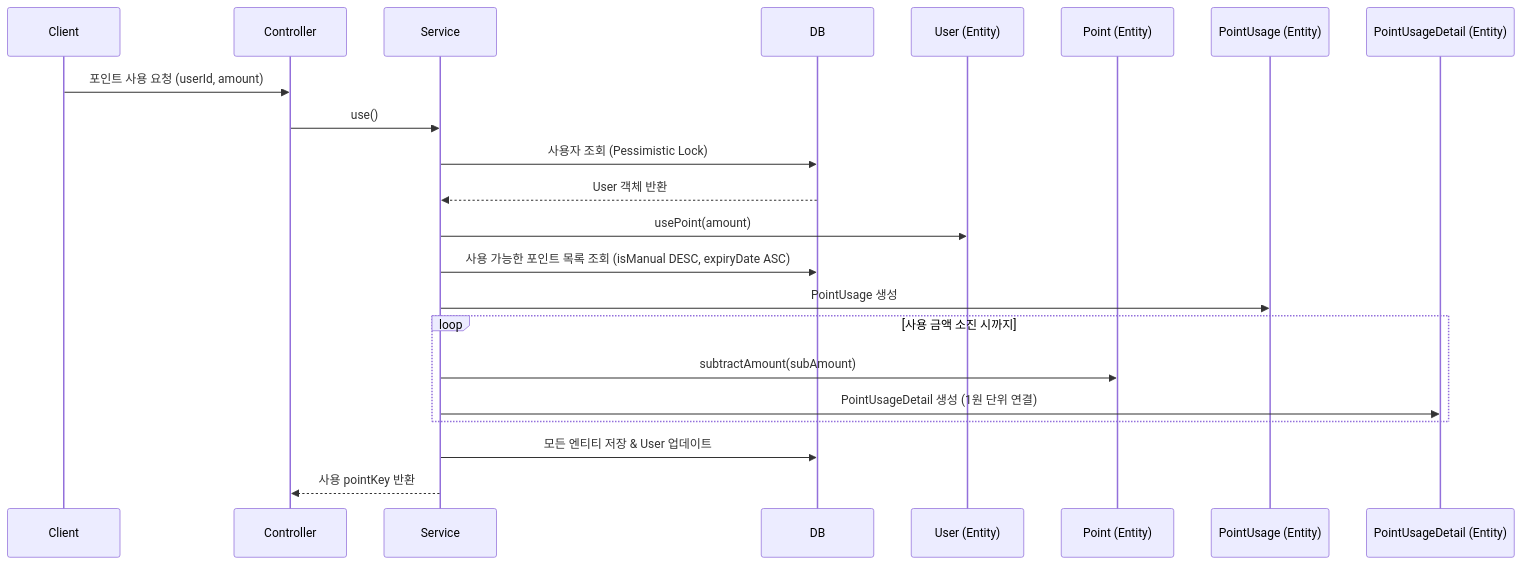
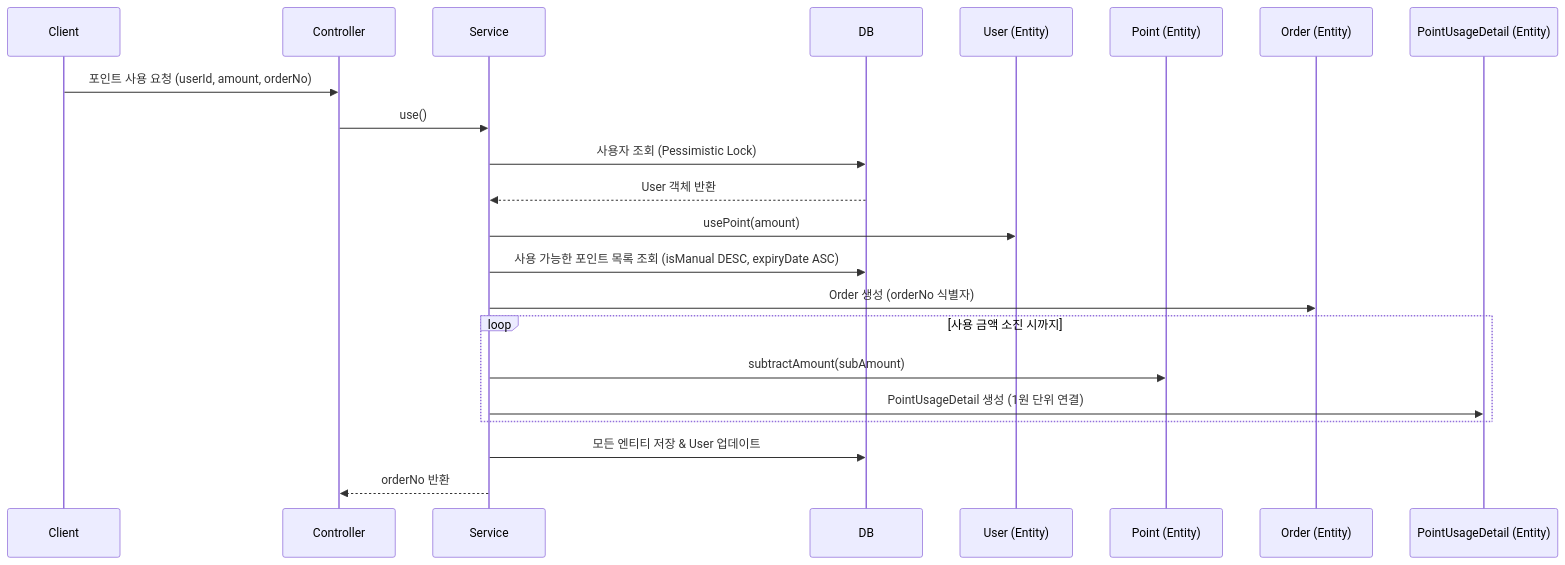
The second of 3 diagrams in README.md (muzzaiwork/point), drawn with Mermaid before and after one commit. The commit also changed other lines of this file and 13 other files, not shown here.

````diff
--- a/README.md
+++ b/README.md
@@ -242,25 +209,25 @@
 ```mermaid
 sequenceDiagram
     participant Client
     participant Controller
     participant Service
     participant DB
     participant UserEntity as User (Entity)
     participant PointEntity as Point (Entity)
-    participant UsageEntity as PointUsage (Entity)
+    participant OrderEntity as Order (Entity)
     participant DetailEntity as PointUsageDetail (Entity)
 
-    Client->>Controller: 포인트 사용 요청 (userId, amount)
+    Client->>Controller: 포인트 사용 요청 (userId, amount, orderNo)
     Controller->>Service: use()
     Service->>DB: 사용자 조회 (Pessimistic Lock)
     DB-->>Service: User 객체 반환
     Service->>UserEntity: usePoint(amount)
     Service->>DB: 사용 가능한 포인트 목록 조회 (isManual DESC, expiryDate ASC)
-    Service->>UsageEntity: PointUsage 생성
+    Service->>OrderEntity: Order 생성 (orderNo 식별자)
     loop 사용 금액 소진 시까지
         Service->>PointEntity: subtractAmount(subAmount)
         Service->>DetailEntity: PointUsageDetail 생성 (1원 단위 연결)
     end
     Service->>DB: 모든 엔티티 저장 & User 업데이트
-    Service-->>Controller: 사용 pointKey 반환
+    Service-->>Controller: orderNo 반환
 ```
````
